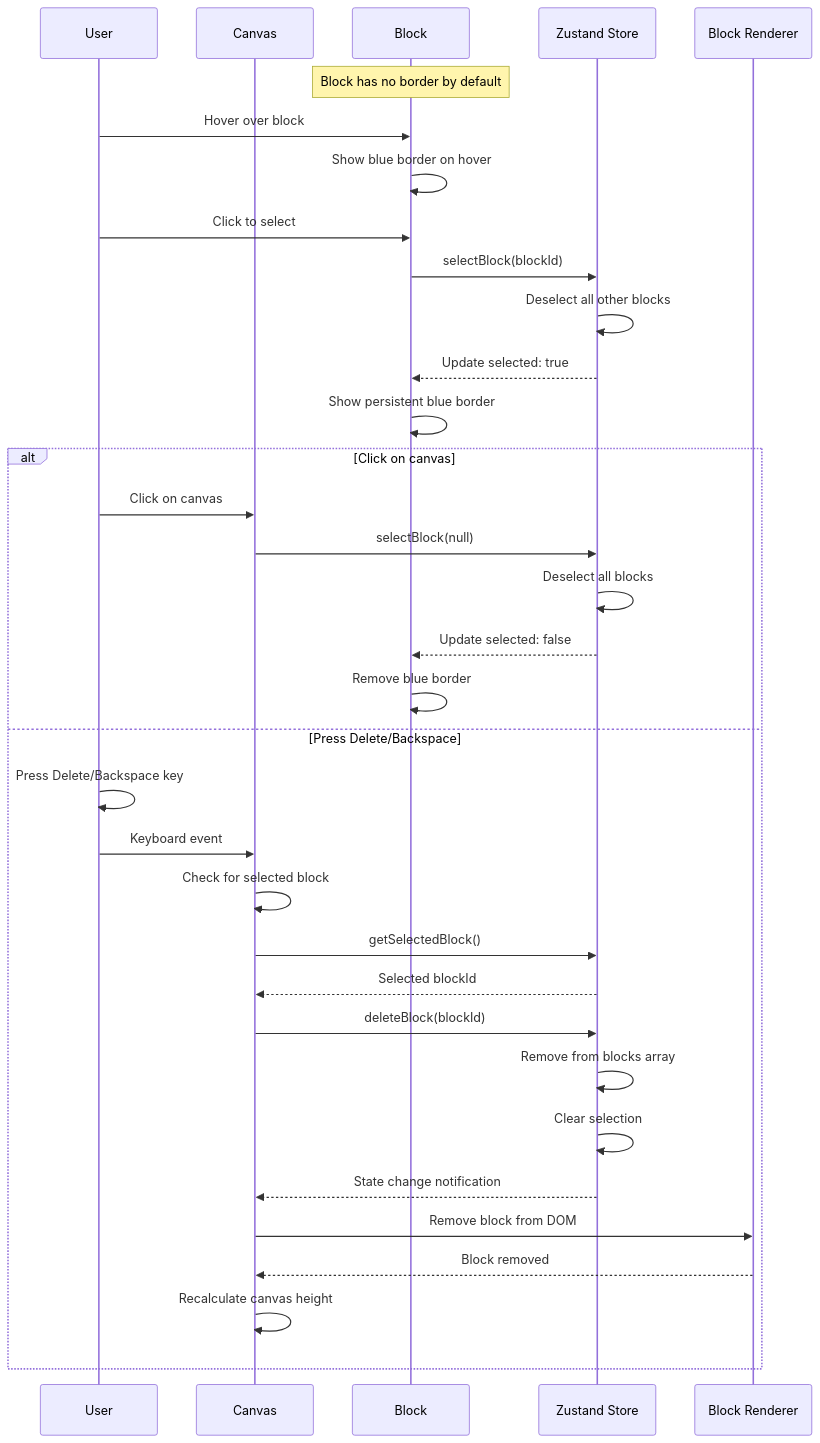
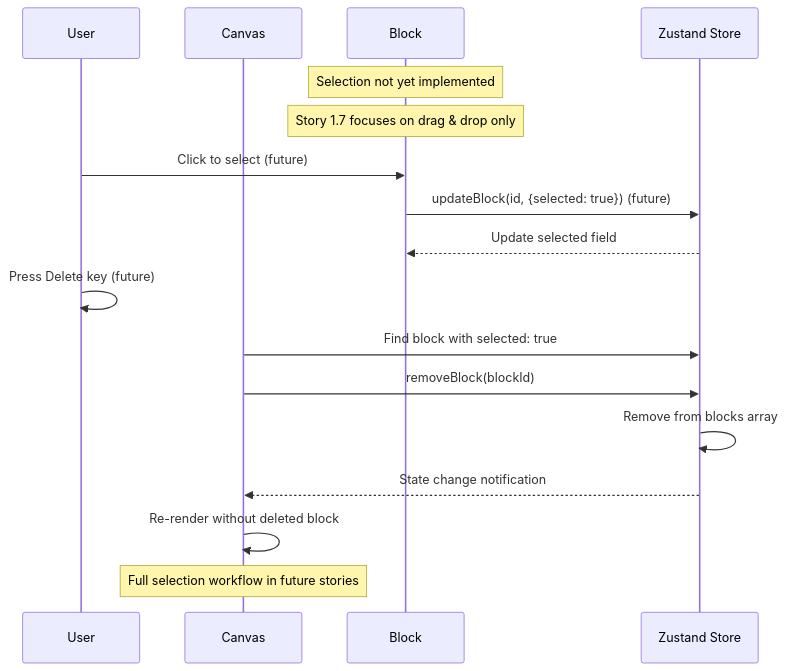
One commit to litkeys/DraftCN changed the fifth of 8 diagrams in docs/architecture.md. Above: the diagram before and after it, drawn with Mermaid. The commit also changed other lines of this file and 1 other file, not shown here.

First line of the commit message:
Drafted story 1.7

````diff
--- a/docs/architecture.md
+++ b/docs/architecture.md
@@ -704,41 +707,23 @@
 ```mermaid
 sequenceDiagram
     participant User
     participant Canvas
     participant Block
     participant Store as Zustand Store
-    participant Renderer as Block Renderer
 
-    Note over Block: Block has no border by default
-    
-    User->>Block: Hover over block
-    Block->>Block: Show blue border on hover
-    
-    User->>Block: Click to select
-    Block->>Store: selectBlock(blockId)
-    Store->>Store: Deselect all other blocks
-    Store-->>Block: Update selected: true
-    Block->>Block: Show persistent blue border
-    
-    alt Click on canvas
-        User->>Canvas: Click on canvas
-        Canvas->>Store: selectBlock(null)
-        Store->>Store: Deselect all blocks
-        Store-->>Block: Update selected: false
-        Block->>Block: Remove blue border
-    else Press Delete/Backspace
-        User->>User: Press Delete/Backspace key
-        User->>Canvas: Keyboard event
-        Canvas->>Canvas: Check for selected block
-        Canvas->>Store: getSelectedBlock()
-        Store-->>Canvas: Selected blockId
-        
-        Canvas->>Store: deleteBlock(blockId)
-        Store->>Store: Remove from blocks array
-        Store->>Store: Clear selection
-        Store-->>Canvas: State change notification
-        Canvas->>Renderer: Remove block from DOM
-        Renderer-->>Canvas: Block removed
-        Canvas->>Canvas: Recalculate canvas height
-    end
+    Note over Block: Selection not yet implemented
+    Note over Block: Story 1.7 focuses on drag & drop only
+
+    User->>Block: Click to select (future)
+    Block->>Store: updateBlock(id, {selected: true}) (future)
+    Store-->>Block: Update selected field
+
+    User->>User: Press Delete key (future)
+    Canvas->>Store: Find block with selected: true
+    Canvas->>Store: removeBlock(blockId)
+    Store->>Store: Remove from blocks array
+    Store-->>Canvas: State change notification
+    Canvas->>Canvas: Re-render without deleted block
+
+    Note over Canvas: Full selection workflow in future stories
 ```
````
